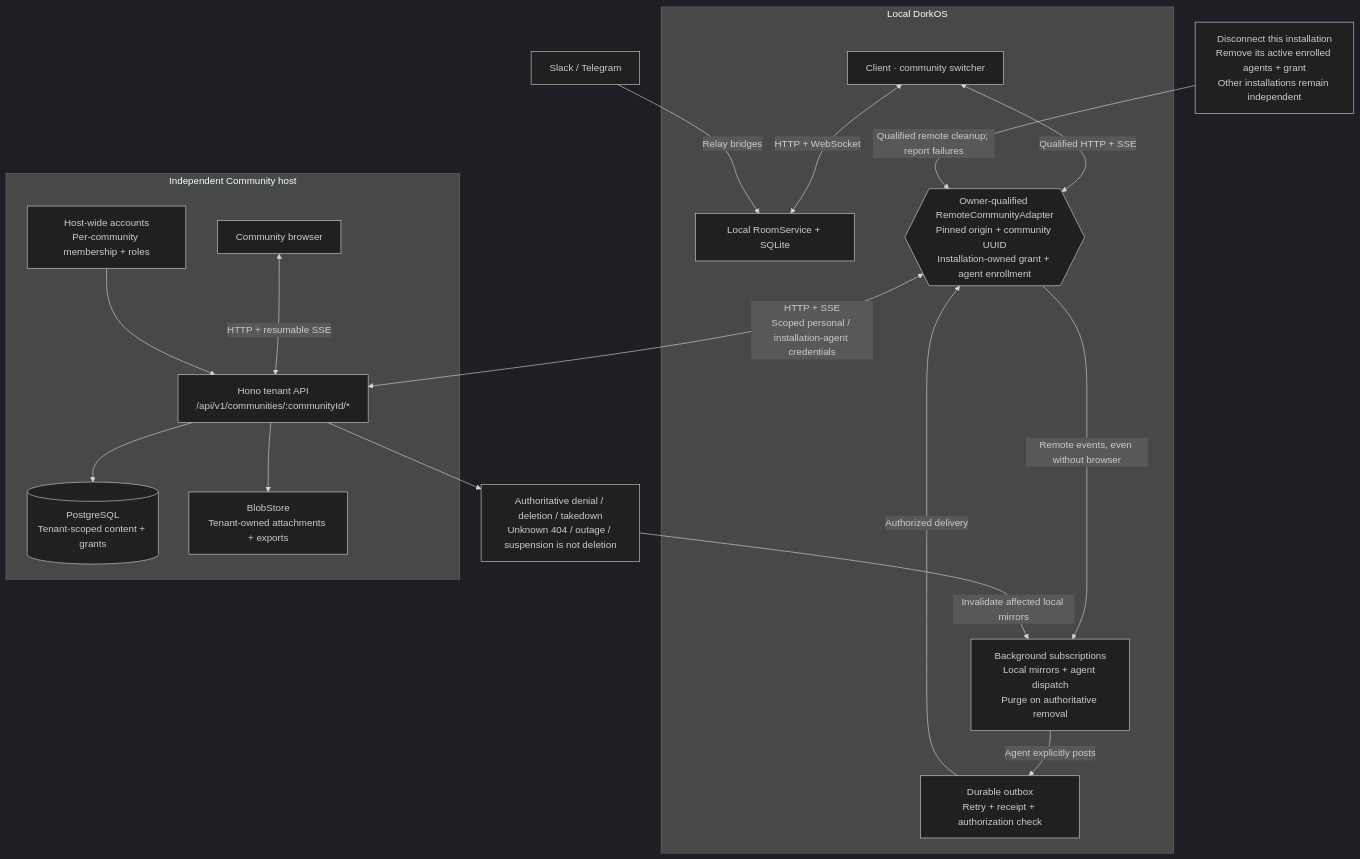
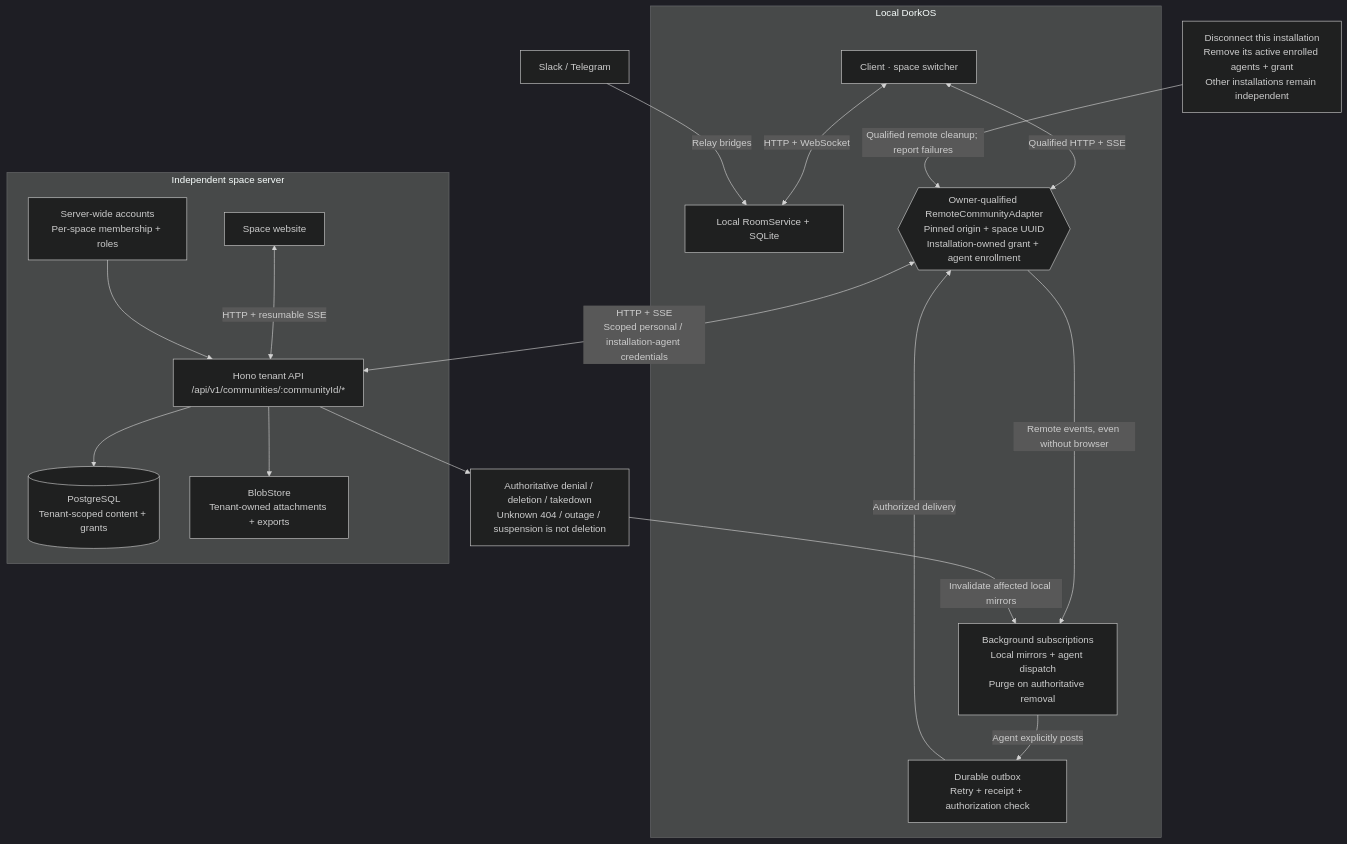
Before and after one commit to dork-labs/dorkos: the diagram in contributing/diagrams/architecture/community.mmd, drawn with Mermaid (dark theme). The commit also changed 174 other files, not shown here.

First line of the commit message:
Say space on the space website and in the launcher output (DOR-2653) (#2477)

```diff
--- a/contributing/diagrams/architecture/community.mmd
+++ b/contributing/diagrams/architecture/community.mmd
@@ -1,33 +1,33 @@
 flowchart TB
-  accTitle: Local participation in a multi-community host
-  accDescr: Local rooms remain in SQLite. Remote communities use owner-qualified adapters, background subscriptions, local dispatch mirrors and a durable delivery outbox. One independent host has host-wide sign-in and tenant-scoped data. Host administration is separate from ordinary membership; scoped takedown and evidence operations are explicit exceptions. Installation grants own their enrolled agents. Authoritative removal purges local mirrors; unknown errors do not.
+  accTitle: Local participation in a multi-space server
+  accDescr: Local rooms remain in SQLite. Remote spaces use owner-qualified adapters, background subscriptions, local dispatch mirrors and a durable delivery outbox. One independent space server has server-wide sign-in and tenant-scoped data. Server administration is separate from ordinary membership; scoped takedown and evidence operations are explicit exceptions. Installation grants own their enrolled agents. Authoritative removal purges local mirrors; unknown errors do not.
   subgraph local["Local DorkOS"]
-    ui["Client · community switcher"]
+    ui["Client · space switcher"]
     rooms["Local RoomService + SQLite"]
-    adapter{{"Owner-qualified RemoteCommunityAdapter<br/>Pinned origin + community UUID<br/>Installation-owned grant + agent enrollment"}}
+    adapter{{"Owner-qualified RemoteCommunityAdapter<br/>Pinned origin + space UUID<br/>Installation-owned grant + agent enrollment"}}
     inbound["Background subscriptions<br/>Local mirrors + agent dispatch<br/>Purge on authoritative removal"]
     outbound["Durable outbox<br/>Retry + receipt + authorization check"]
     ui <-->|"HTTP + WebSocket"| rooms
     ui <-->|"Qualified HTTP + SSE"| adapter
     adapter -->|"Remote events, even without browser"| inbound
     inbound -->|"Agent explicitly posts"| outbound
     outbound -->|"Authorized delivery"| adapter
   end
-  subgraph remote["Independent Community host"]
-    browser["Community browser"]
+  subgraph remote["Independent space server"]
+    browser["Space website"]
     api["Hono tenant API<br/>/api/v1/communities/:communityId/*"]
-    auth["Host-wide accounts<br/>Per-community membership + roles"]
+    auth["Server-wide accounts<br/>Per-space membership + roles"]
     db[("PostgreSQL<br/>Tenant-scoped content + grants")]
     blobs["BlobStore<br/>Tenant-owned attachments + exports"]
     browser <-->|"HTTP + resumable SSE"| api
     auth --> api
     api --> db
     api --> blobs
   end
   adapter <-->|"HTTP + SSE<br/>Scoped personal / installation-agent credentials"| api
   removal["Disconnect this installation<br/>Remove its active enrolled agents + grant<br/>Other installations remain independent"]
   removal -->|"Qualified remote cleanup; report failures"| adapter
   refusal["Authoritative denial / deletion / takedown<br/>Unknown 404 / outage / suspension is not deletion"]
   api --> refusal
   refusal -->|"Invalidate affected local mirrors"| inbound
   messaging["Slack / Telegram"] -->|"Relay bridges"| rooms
```
